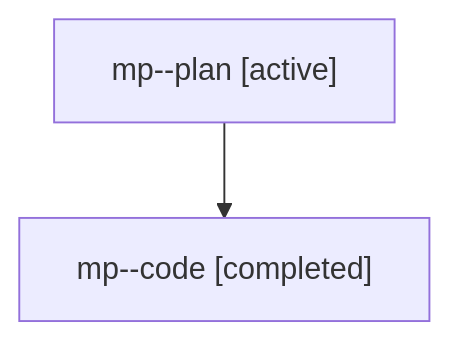
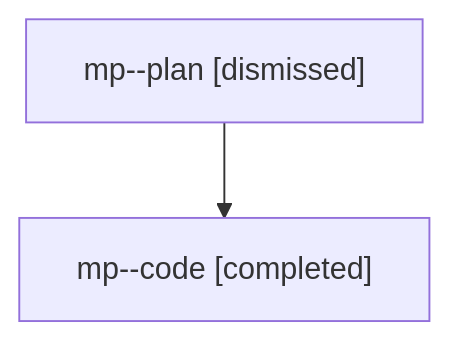
One commit to sase-org/sase--agents changed the diagram in sessions/bbugyi200.athena.mp.md. Above: the diagram before and after it, drawn with Mermaid. The commit also changed other lines of this file and 18 other files, not shown here.

````diff
--- a/sessions/bbugyi200.athena.mp.md
+++ b/sessions/bbugyi200.athena.mp.md
@@ -9,6 +9,6 @@
 ```mermaid
 flowchart TD
-  n0["mp--plan [active]"]
+  n0["mp--plan [dismissed]"]
   n1["mp--code [completed]"]
   n0 --> n1
 ```
````
